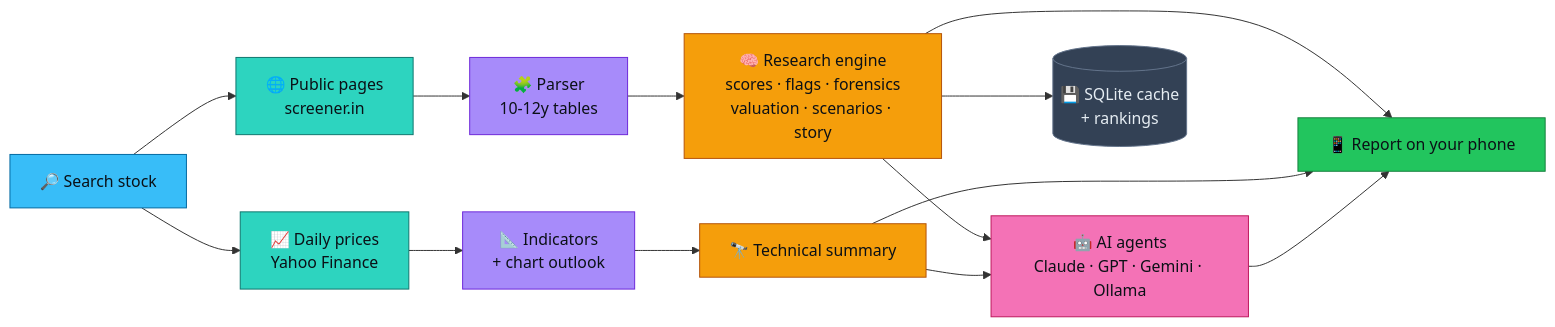
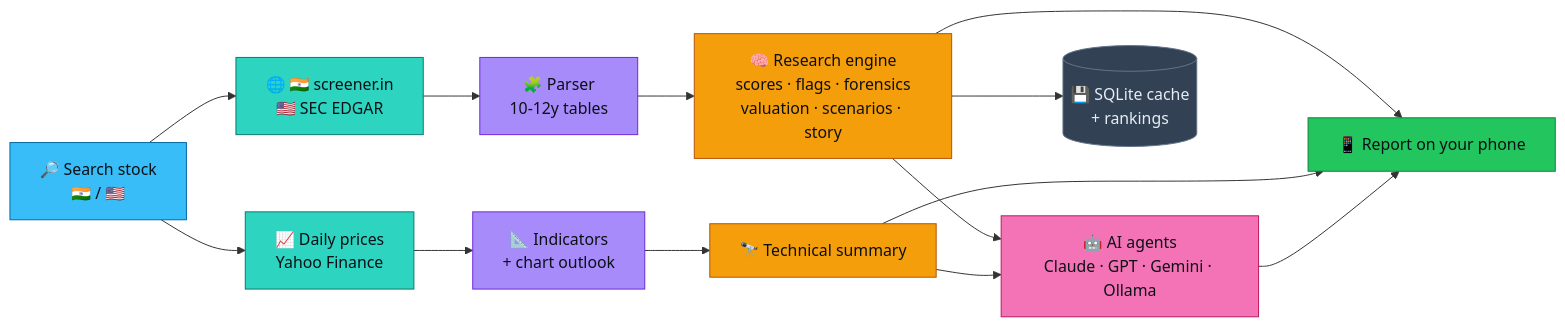
Before and after one commit to dhanunjaya-kd/equitylens: the diagram in README.md, drawn with Mermaid. The commit also changed other lines of this file and 50 other files, not shown here.

````diff
--- a/README.md
+++ b/README.md
@@ -179,22 +208,22 @@
 ```mermaid
 flowchart LR
-    A[🔎 Search stock]:::blue --> B[🌐 Public pages<br/>screener.in]:::teal
+    A[🔎 Search stock<br/>🇮🇳 / 🇺🇸]:::blue --> B[🌐 🇮🇳 screener.in<br/>🇺🇸 SEC EDGAR]:::teal
     A --> C[📈 Daily prices<br/>Yahoo Finance]:::teal
     B --> D[🧩 Parser<br/>10-12y tables]:::purple
     C --> E[📐 Indicators<br/>+ chart outlook]:::purple
     D --> F[🧠 Research engine<br/>scores · flags · forensics<br/>valuation · scenarios · story]:::amber
     E --> G[🔭 Technical summary]:::amber
     F --> H[📱 Report on your phone]:::green
     G --> H
     F --> J[🤖 AI agents<br/>Claude · GPT · Gemini · Ollama]:::pink
     G --> J
     J --> H
     F --> I[(💾 SQLite cache<br/>+ rankings)]:::grey
     classDef blue fill:#38bdf8,stroke:#0369a1,color:#0b1016
     classDef teal fill:#2dd4bf,stroke:#0f766e,color:#0b1016
     classDef purple fill:#a78bfa,stroke:#6d28d9,color:#0b1016
     classDef amber fill:#f59e0b,stroke:#b45309,color:#0b1016
     classDef green fill:#22c55e,stroke:#15803d,color:#0b1016
     classDef pink fill:#f472b6,stroke:#be185d,color:#0b1016
     classDef grey fill:#334155,stroke:#64748b,color:#e6edf3
 ```
````
